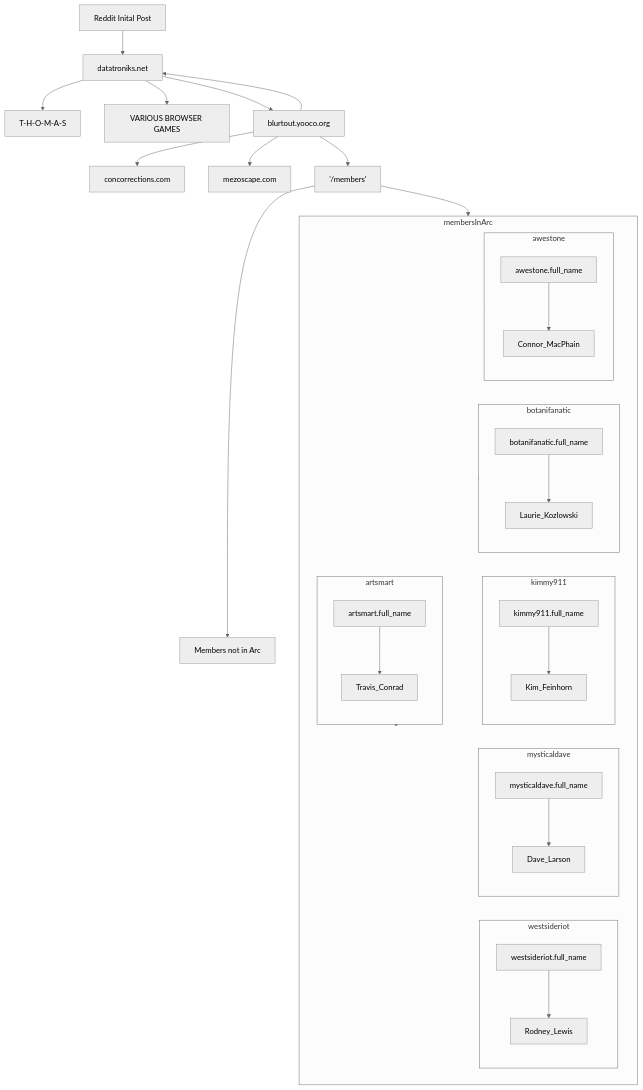
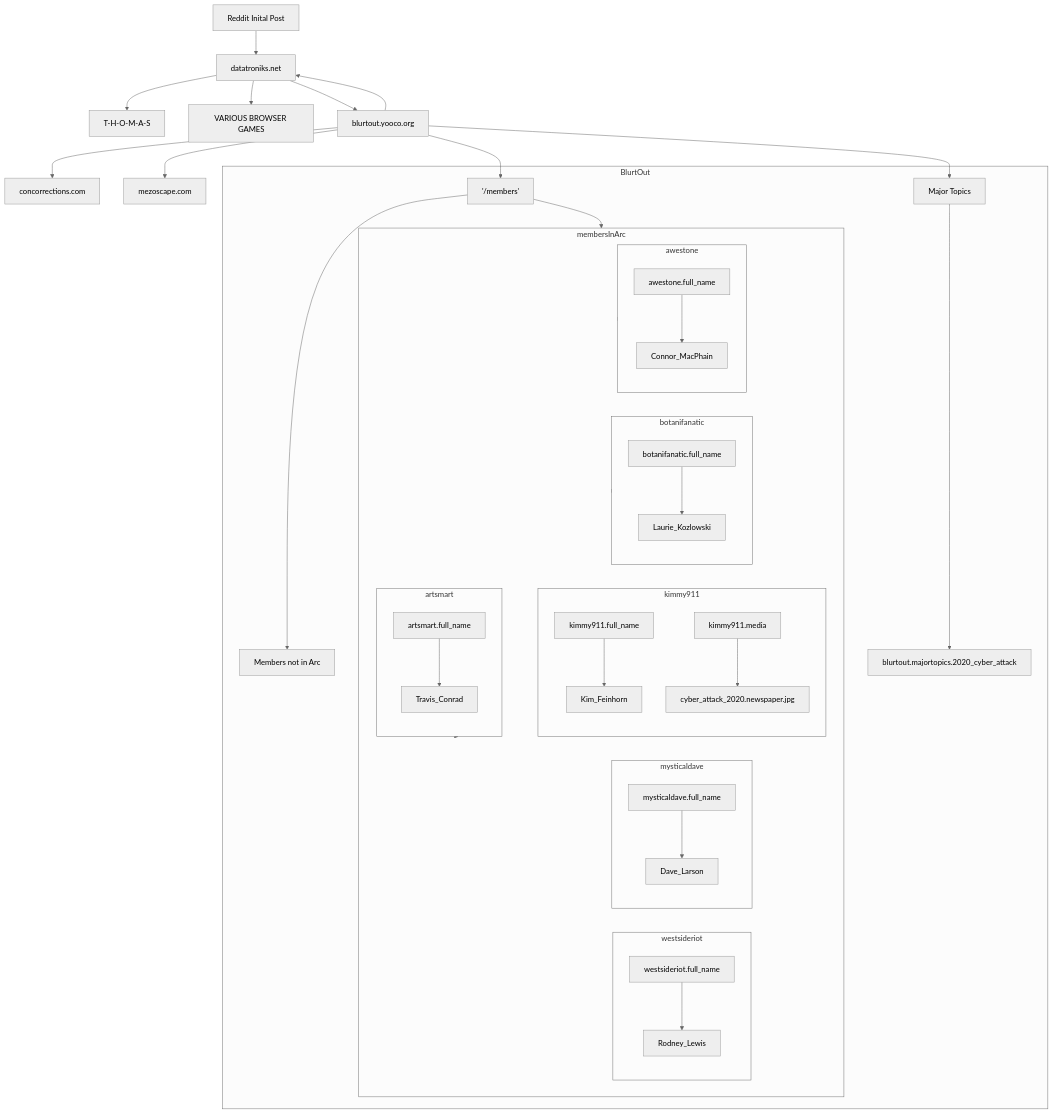
The diagram in overview.md (d-brtn/datatroniks_arg_data), drawn with Mermaid (neutral theme) before and after one commit. The commit also changed other lines of this file, not shown here.

````diff
--- a/overview.md
+++ b/overview.md
@@ -3,60 +3,65 @@
 ```mermaid
     flowchart TD
     A[Reddit Inital Post<a href=//reddit.com/r/ARG/comments/150eswe/found_this_on_a_lamppost_think_someone_is_trying/> ] --> B[datatroniks.net];
     B[datatroniks.net] --> C[T-H-O-M-A-S]
     B[datatroniks.net] --> D[VARIOUS BROWSER GAMES];
     
     B[datatroniks.net] --> blurtout[blurtout.yooco.org];
     
     blurtout --> F[concorrections.com];
     blurtout --> B;
     blurtout --> G[mezoscape.com];
     blurtout --> members['/members'];
+    blurtout --> blurtout.majortopics[Major Topics]
     
     
-    members --> membersInArc[Members in Arc];
-    members --> players[Members not in Arc];
+    subgraph BlurtOut;
+        blurtout.majortopics --> blurtout.majortopics.2020_cyber_attack
     
-    
-    
-    membersInArc --> artsmart;
-    membersInArc --> awestone;
-    
-    membersInArc --> botanifanatic;
-    subgraph membersInArc;
-    direction LR
+        members --> membersInArc[Members in Arc];
+        members --> players[Members not in Arc];
+        
+        
+        
+        membersInArc --> artsmart;
+        membersInArc --> awestone;
+        
+        membersInArc --> botanifanatic;
+        subgraph membersInArc;
+        direction LR
 
-        subgraph botanifanatic
-            botanifanatic.full_name--> Laurie_Kozlowski
-        end
+            subgraph botanifanatic
+                botanifanatic.full_name--> Laurie_Kozlowski
+            end
 
-        subgraph kimmy911
-            kimmy911.full_name--> Kim_Feinhorn
-        end
+            subgraph kimmy911
+                kimmy911.full_name--> Kim_Feinhorn
+                kimmy911.media --> cyber_attack_2020.newspaper.jpg
+            end
 
-        subgraph mysticaldave
-            mysticaldave.full_name--> Dave_Larson
-        end
+            subgraph mysticaldave
+                mysticaldave.full_name--> Dave_Larson
+            end
 
-        subgraph westsideriot
-            westsideriot.full_name--> Rodney_Lewis
-        end
+            subgraph westsideriot
+                westsideriot.full_name--> Rodney_Lewis
+            end
 
-        subgraph awestone
-            awestone.full_name--> Connor_MacPhain
-        end
+            subgraph awestone
+                awestone.full_name--> Connor_MacPhain
+            end
 
-        subgraph artsmart
-            artsmart.full_name-->  Travis_Conrad
+            subgraph artsmart
+                artsmart.full_name-->  Travis_Conrad
+            end
         end
     end
-
 
 
 
     membersInArc --> kimmy911
     membersInArc --> mysticaldave
     membersInArc --> westsideriot
 
 
 ```
````
